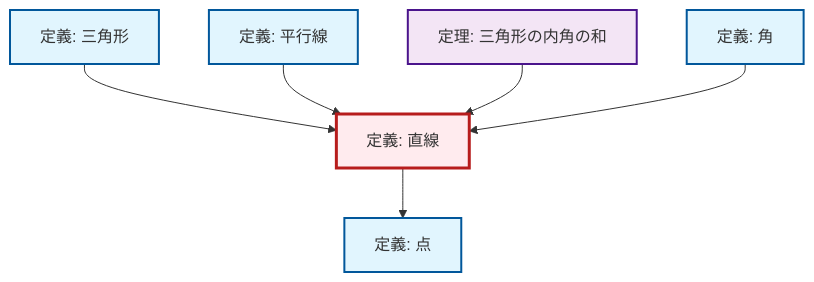
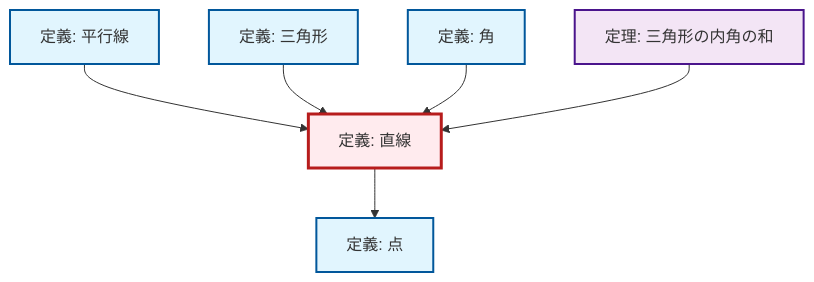
The diagram in output/mermaid/ja/def-line.mermaid (RK0429/ModernMath), drawn with Mermaid before and after one commit. The commit also changed other lines of this file and 3096 other files, not shown here.

```diff
--- a/output/mermaid/ja/def-line.mermaid
+++ b/output/mermaid/ja/def-line.mermaid
@@ -1,19 +1,19 @@
 %%| fig-cap: "Local dependency graph"
 graph TD
     classDef definition fill:#e1f5fe,stroke:#01579b,stroke-width:2px
     classDef theorem fill:#f3e5f5,stroke:#4a148c,stroke-width:2px
     classDef axiom fill:#fff3e0,stroke:#e65100,stroke-width:2px
     classDef example fill:#e8f5e9,stroke:#1b5e20,stroke-width:2px
     classDef current fill:#ffebee,stroke:#b71c1c,stroke-width:3px
+    def-angle["定義: 角"]:::definition
     def-triangle["定義: 三角形"]:::definition
-    def-line["定義: 直線"]:::definition
-    def-angle["定義: 角"]:::definition
-    def-point["定義: 点"]:::definition
     thm-angle-sum-triangle["定理: 三角形の内角の和"]:::theorem
     def-parallel["定義: 平行線"]:::definition
+    def-point["定義: 点"]:::definition
+    def-line["定義: 直線"]:::definition
+    def-parallel --> def-line
     def-triangle --> def-line
-    def-parallel --> def-line
-    thm-angle-sum-triangle --> def-line
     def-line --> def-point
     def-angle --> def-line
+    thm-angle-sum-triangle --> def-line
     class def-line current
```
